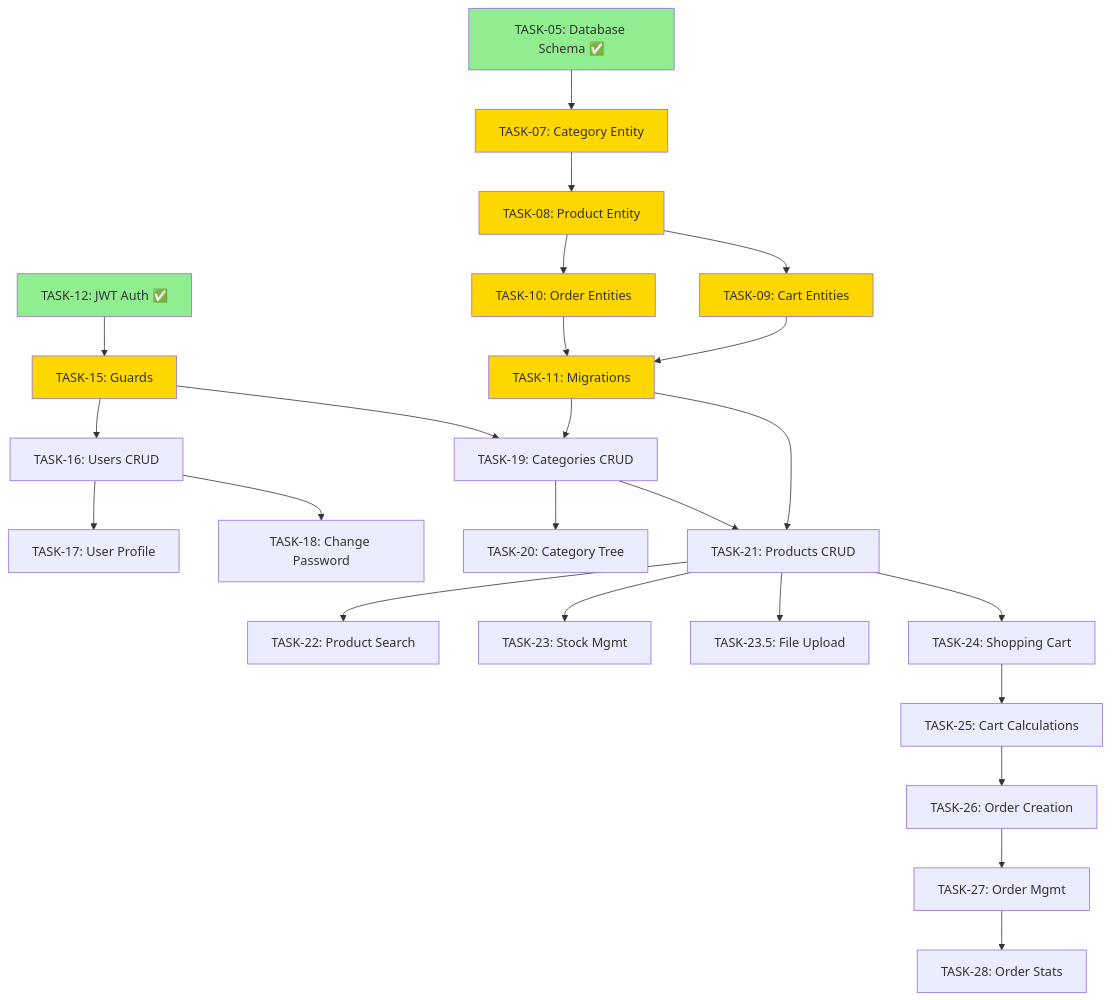
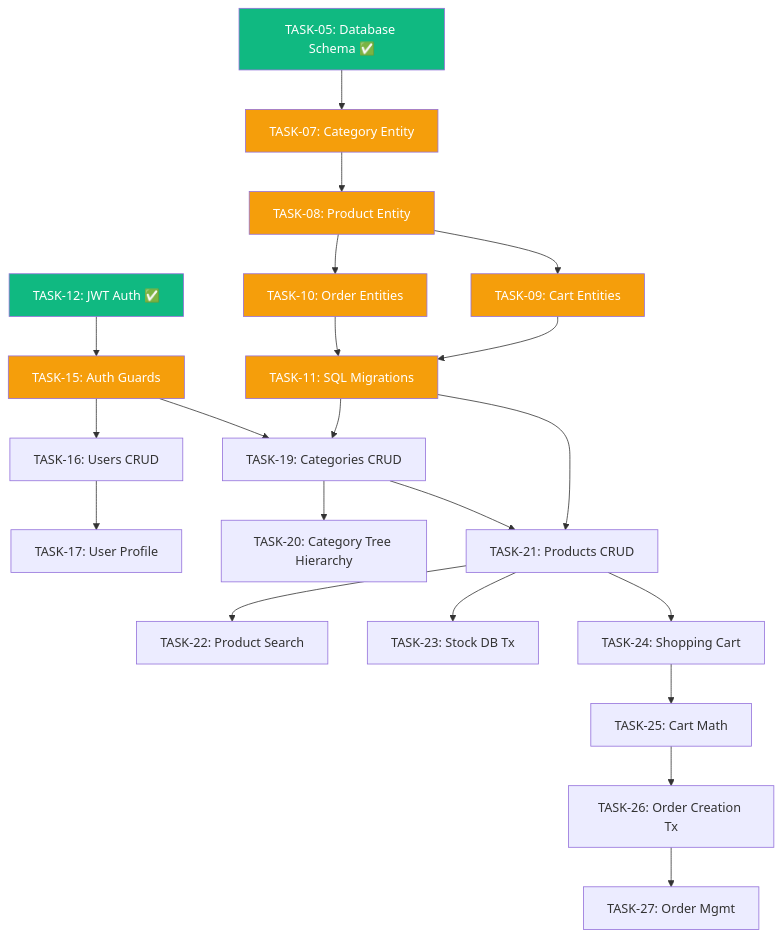
The diagram in doc/ecommerce-api-doc/TASKS_REVIEW_AND_ROADMAP.md (LuongCongThanh/nestjs_ex), drawn with Mermaid before and after one commit. The commit also changed other lines of this file and 237 other files, not shown here.

````diff
--- a/doc/ecommerce-api-doc/TASKS_REVIEW_AND_ROADMAP.md
+++ b/doc/ecommerce-api-doc/TASKS_REVIEW_AND_ROADMAP.md
@@ -345,40 +42,37 @@
 ```mermaid
 graph TD
     T5[TASK-05: Database Schema ✅] --> T7[TASK-07: Category Entity]
     T7 --> T8[TASK-08: Product Entity]
     T8 --> T9[TASK-09: Cart Entities]
     T8 --> T10[TASK-10: Order Entities]
 
-    T9 --> T11[TASK-11: Migrations]
+    T9 --> T11[TASK-11: SQL Migrations]
     T10 --> T11
 
-    T12[TASK-12: JWT Auth ✅] --> T15[TASK-15: Guards]
+    T12[TASK-12: JWT Auth ✅] --> T15[TASK-15: Auth Guards]
     T15 --> T16[TASK-16: Users CRUD]
     T16 --> T17[TASK-17: User Profile]
-    T16 --> T18[TASK-18: Change Password]
 
     T11 --> T19[TASK-19: Categories CRUD]
     T15 --> T19
-    T19 --> T20[TASK-20: Category Tree]
+    T19 --> T20[TASK-20: Category Tree Hierarchy]
 
     T11 --> T21[TASK-21: Products CRUD]
     T19 --> T21
     T21 --> T22[TASK-22: Product Search]
-    T21 --> T23[TASK-23: Stock Mgmt]
-    T21 --> T23_5[TASK-23.5: File Upload]
+    T21 --> T23[TASK-23: Stock DB Tx]
 
     T21 --> T24[TASK-24: Shopping Cart]
-    T24 --> T25[TASK-25: Cart Calculations]
-    T25 --> T26[TASK-26: Order Creation]
+    T24 --> T25[TASK-25: Cart Math]
+    T25 --> T26[TASK-26: Order Creation Tx]
     T26 --> T27[TASK-27: Order Mgmt]
-    T27 --> T28[TASK-28: Order Stats]
 
-    style T5 fill:#90EE90
-    style T12 fill:#90EE90
-    style T7 fill:#FFD700
-    style T8 fill:#FFD700
-    style T9 fill:#FFD700
-    style T10 fill:#FFD700
-    style T11 fill:#FFD700
-    style T15 fill:#FFD700
+    style T5 fill:#10b981,color:#fff
+    style T12 fill:#10b981,color:#fff
+    style T7 fill:#f59e0b,color:#fff
+    style T8 fill:#f59e0b,color:#fff
+    style T9 fill:#f59e0b,color:#fff
+    style T10 fill:#f59e0b,color:#fff
+    style T11 fill:#f59e0b,color:#fff
+    style T15 fill:#f59e0b,color:#fff
 ```
````
